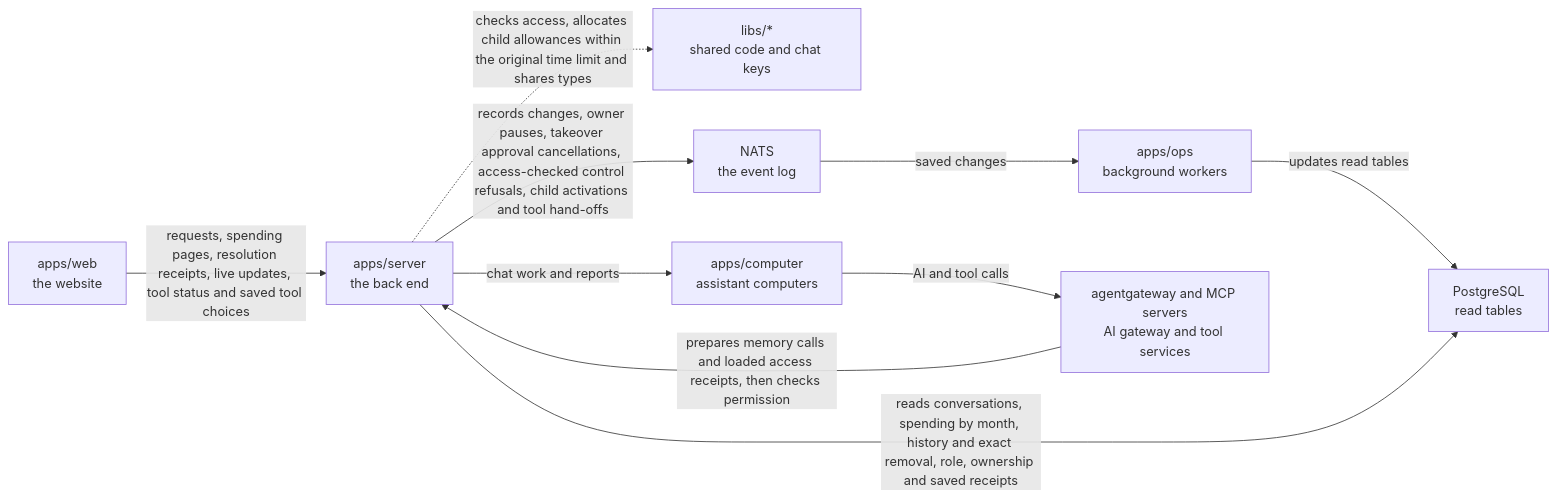
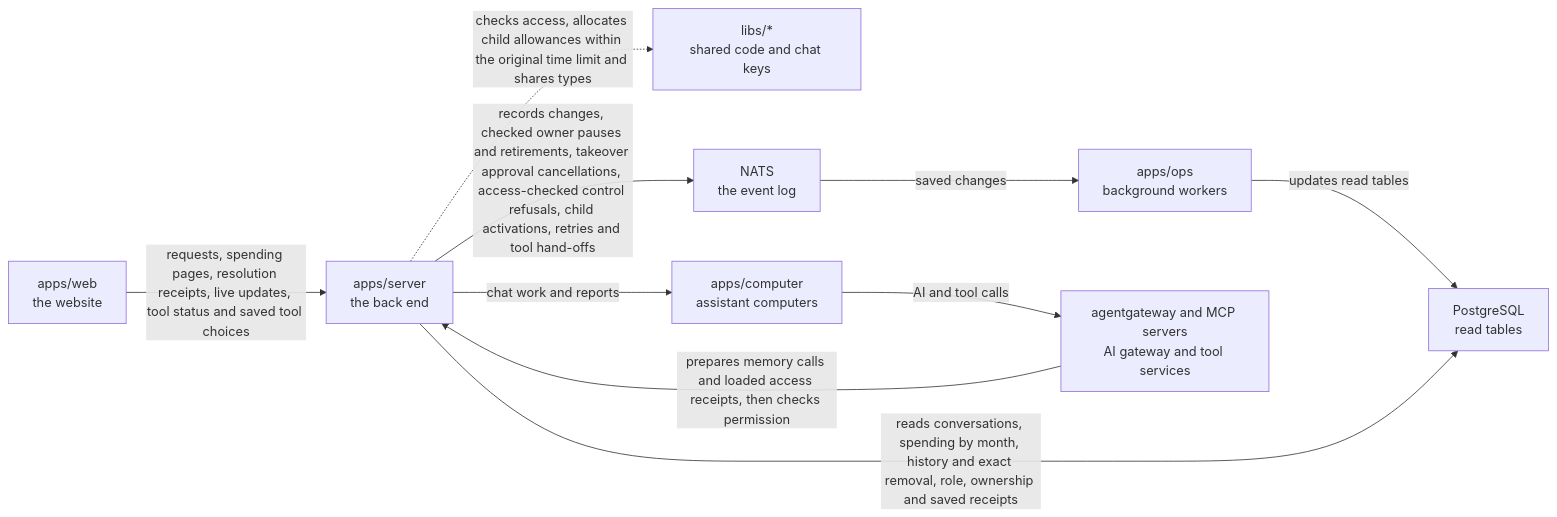
Before and after one commit to elewa-git/opencrane-new: the diagram in apps/server/README.md, drawn with Mermaid. The commit also changed other lines of this file and 4 other files, not shown here.

````diff
--- a/apps/server/README.md
+++ b/apps/server/README.md
@@ -49,12 +49,12 @@
 ```mermaid
 flowchart LR
   web["apps/web<br/>the website"] -->|requests, spending pages, resolution receipts, live updates, tool status and saved tool choices| server["apps/server<br/>the back end"]
   server -.->|checks access, allocates child allowances within the original time limit and shares types| libs["libs/*<br/>shared code and chat keys"]
-  server -->|records changes, owner pauses, takeover approval cancellations, access-checked control refusals, child activations and tool hand-offs| nats["NATS<br/>the event log"]
+  server -->|records changes, checked owner pauses and retirements, takeover approval cancellations, access-checked control refusals, child activations, retries and tool hand-offs| nats["NATS<br/>the event log"]
   nats -->|saved changes| ops["apps/ops<br/>background workers"]
   ops -->|updates read tables| postgres["PostgreSQL<br/>read tables"]
   server -->|reads conversations, spending by month, history and exact removal, role, ownership and saved receipts| postgres
   server -->|chat work and reports| computer["apps/computer<br/>assistant computers"]
   computer -->|AI and tool calls| runtime["agentgateway and MCP servers<br/>AI gateway and tool services"]
   runtime -->|prepares memory calls and loaded access receipts, then checks permission| server
 ```
````
